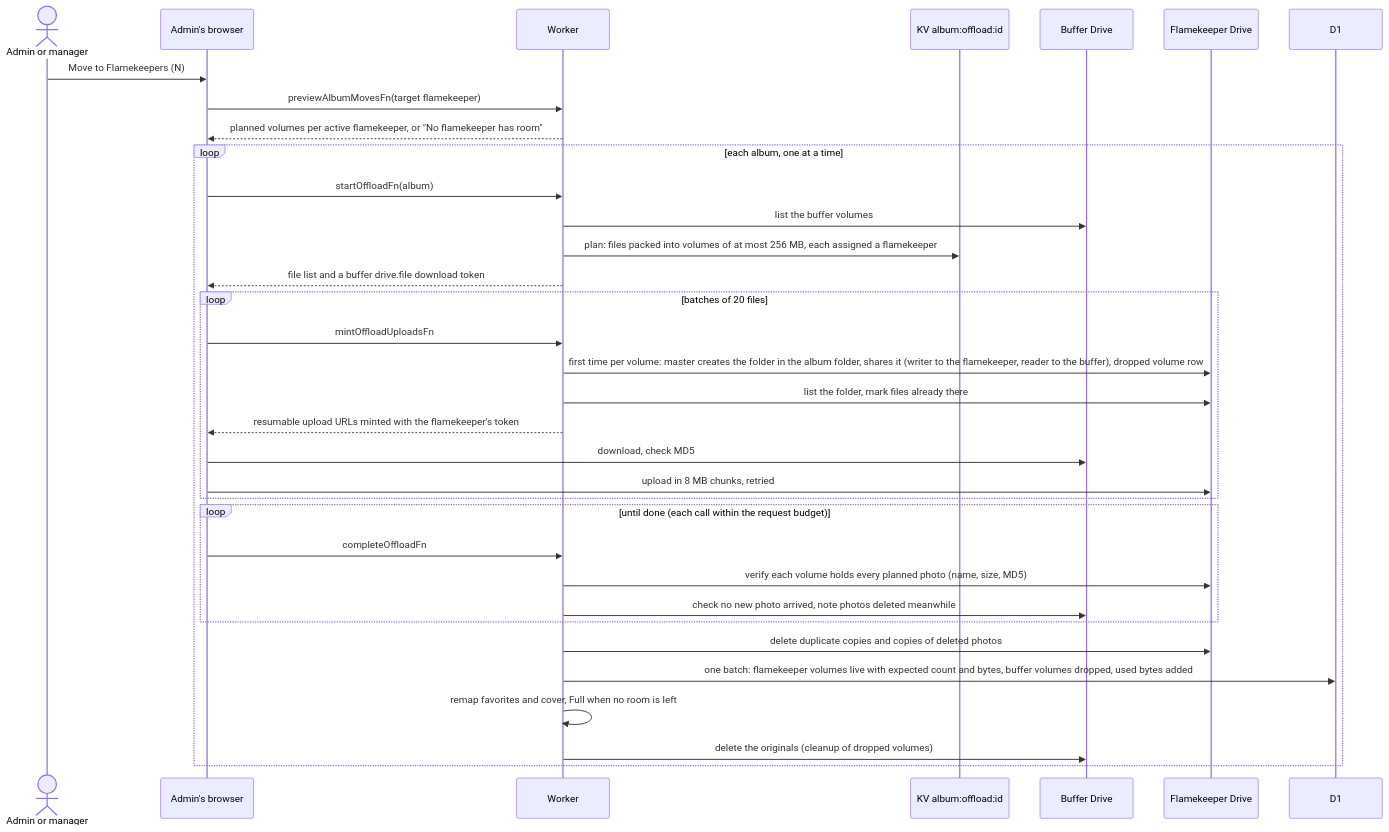
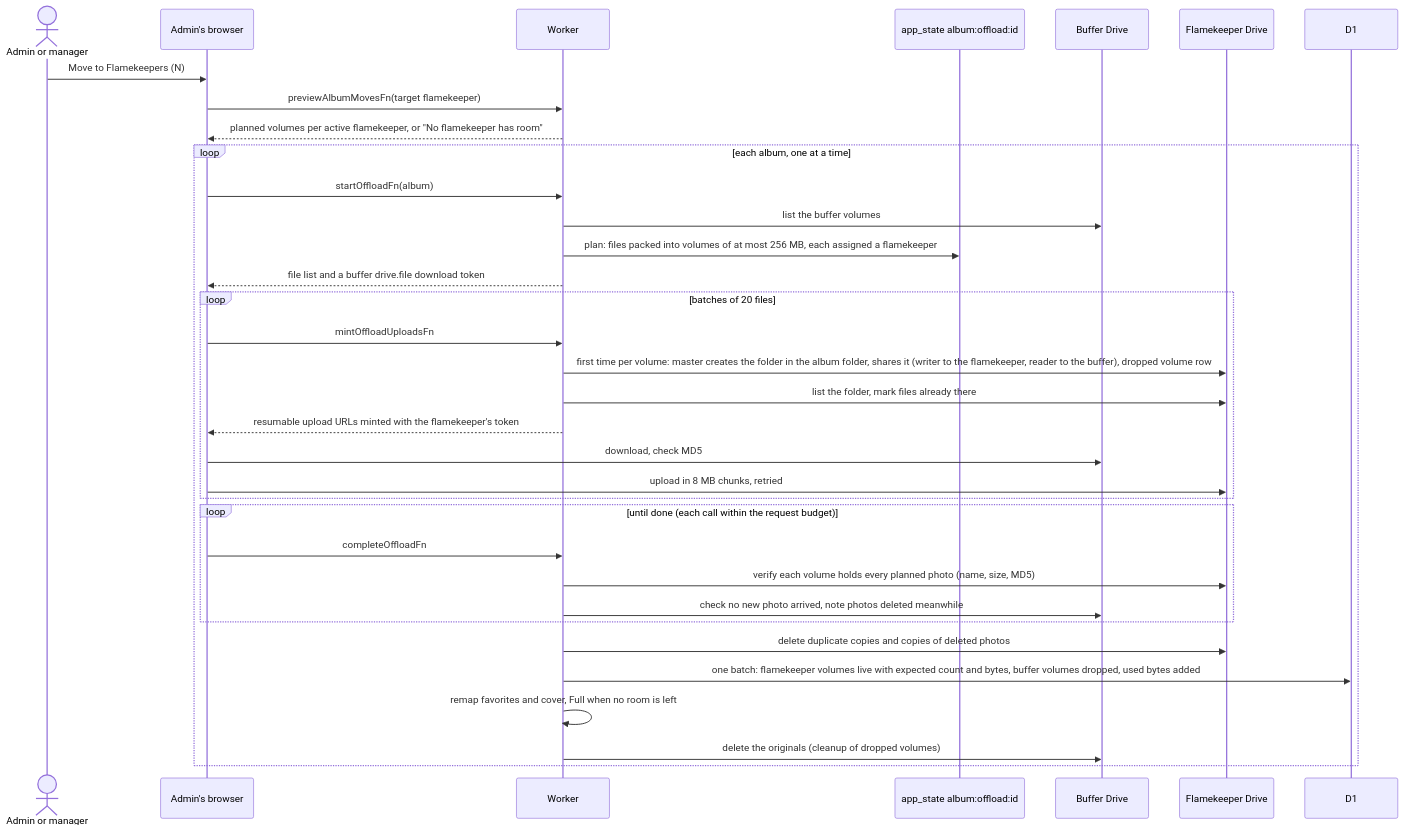
The second of 3 diagrams in docs/scenarios/admin/albums/storage.md (sagyzdop/meriksirat), drawn with Mermaid before and after one commit. The commit also changed other lines of this file and 32 other files, not shown here.

First line of the commit message:
perf(storage): move album caches, offload state and Telegram sessions from KV to D1

````diff
--- a/docs/scenarios/admin/albums/storage.md
+++ b/docs/scenarios/admin/albums/storage.md
@@ -36,37 +36,37 @@
 ```mermaid
 sequenceDiagram
     actor A as Admin or manager
     participant B as Admin's browser
     participant W as Worker
-    participant K as KV album:offload:id
+    participant K as app_state album:offload:id
     participant Buf as Buffer Drive
     participant FK as Flamekeeper Drive
     participant D1
 
     A->>B: Move to Flamekeepers (N)
     B->>W: previewAlbumMovesFn(target flamekeeper)
     W-->>B: planned volumes per active flamekeeper, or "No flamekeeper has room"
     loop each album, one at a time
         B->>W: startOffloadFn(album)
         W->>Buf: list the buffer volumes
         W->>K: plan: files packed into volumes of at most 256 MB, each assigned a flamekeeper
         W-->>B: file list and a buffer drive.file download token
         loop batches of 20 files
             B->>W: mintOffloadUploadsFn
             W->>FK: first time per volume: master creates the folder in the album folder, shares it (writer to the flamekeeper, reader to the buffer), dropped volume row
             W->>FK: list the folder, mark files already there
             W-->>B: resumable upload URLs minted with the flamekeeper's token
             B->>Buf: download, check MD5
             B->>FK: upload in 8 MB chunks, retried
         end
         loop until done (each call within the request budget)
             B->>W: completeOffloadFn
             W->>FK: verify each volume holds every planned photo (name, size, MD5)
             W->>Buf: check no new photo arrived, note photos deleted meanwhile
         end
         W->>FK: delete duplicate copies and copies of deleted photos
         W->>D1: one batch: flamekeeper volumes live with expected count and bytes, buffer volumes dropped, used bytes added
         W->>W: remap favorites and cover, Full when no room is left
         W->>Buf: delete the originals (cleanup of dropped volumes)
     end
 ```
````
